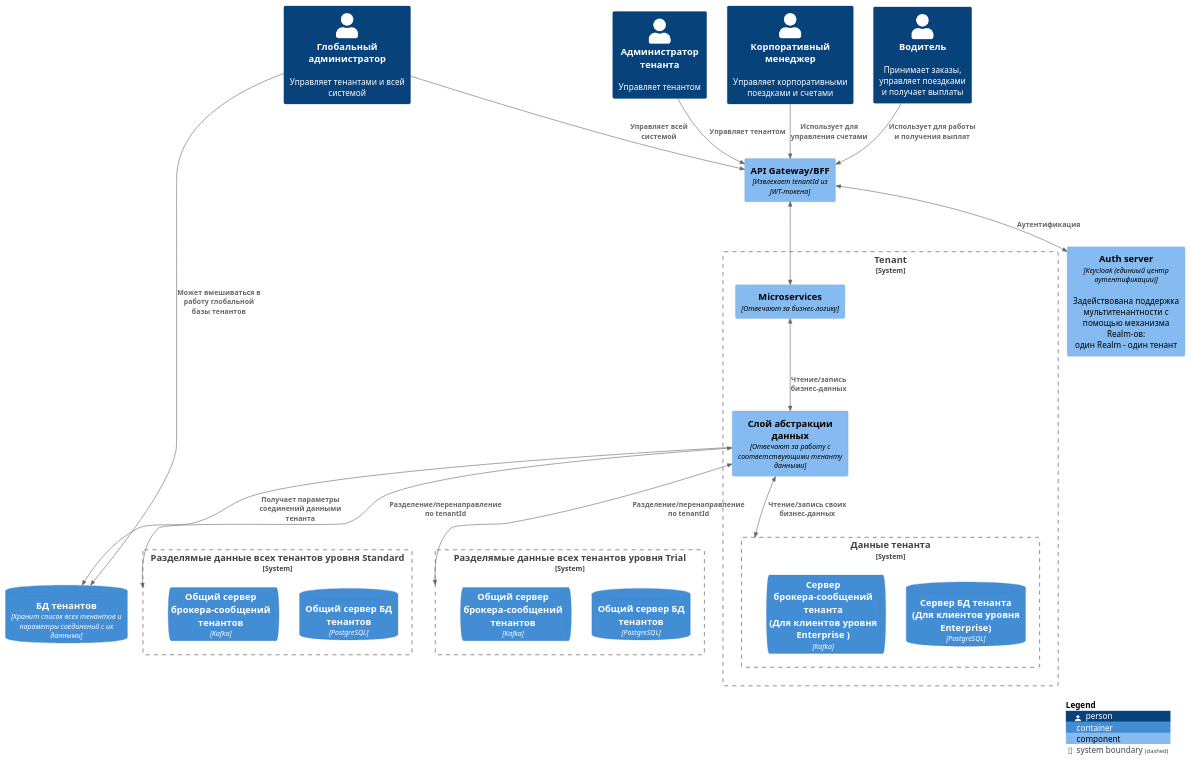
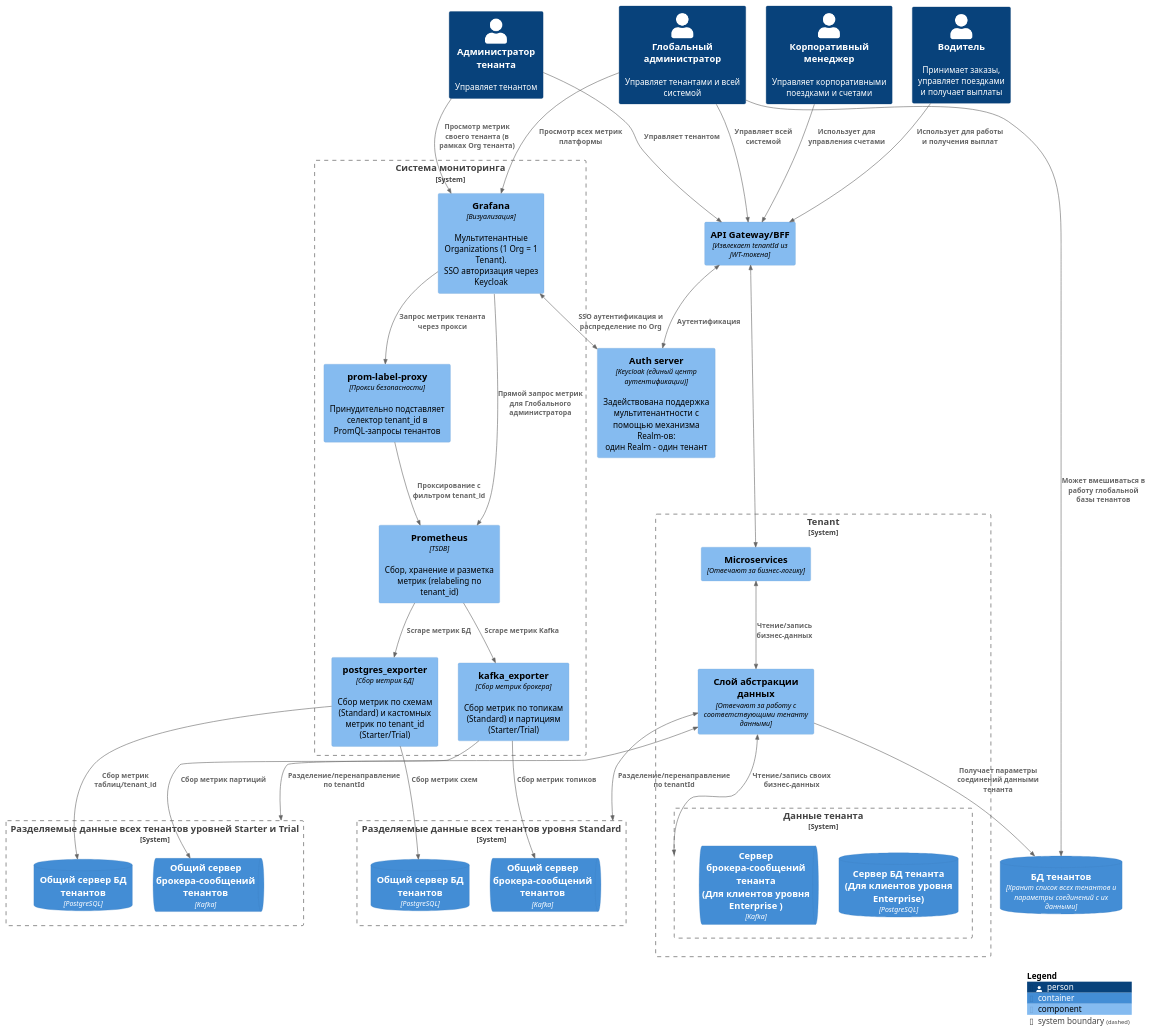
Before and after one commit to Babikoff/MSA-GoFuture: the diagram in Task5/diagrams/C3-multitenancy.puml, drawn with PlantUML. The commit also changed 1 other file, not shown here.

Commit message:
Task5: добавлен мониторинг

```diff
--- a/Task5/diagrams/C3-multitenancy.puml
+++ b/Task5/diagrams/C3-multitenancy.puml
@@ -1,56 +1,78 @@
 @startuml Multitenancy
 !include https://raw.githubusercontent.com/plantuml-stdlib/C4-PlantUML/master/C4_Component.puml
 
 AddRelTag("new", $lineColor="green",$textColor="green", $lineStyle=SolidLine())
 AddSystemTag("new", $bgColor="green", $fontColor="white", $borderColor="green")
 AddSystemTag("Orchestrator", $bgColor="green", $fontColor="yellow", $borderColor="yellow")
 
 Person(global_admin, "Глобальный администратор", "Управляет тенантами и всей системой")
 Person(local_admin, "Администратор тенанта", "Управляет тенантом")
 Person(manager, "Корпоративный менеджер", "Управляет корпоративными поездками и счетами")
 Person(driver, "Водитель", "Принимает заказы, управляет поездками\nи получает выплаты") 
 
 Component(api_gateway, "API Gateway/BFF", "Извлекает tenantId из JWT-токена")
-Component(auth_server, "Auth server", "Keycloak (единиый центр аутентификации)", "Задействована поддержка мультитенантности с помощью механизма Realm-ов:\nодин Realm - один тенант")
+Component(auth_server, "Auth server", "Keycloak (единый центр аутентификации)", "Задействована поддержка мультитенантности с помощью механизма Realm-ов:\nодин Realm - один тенант")
 ContainerDb(all_tenants_db, "БД тенантов", "Хранит список всех тенантов и параметры соединений с их данными")
 
 System_Boundary(tenant, "Tenant") {
   Component(tenant_microservices, "Microservices", "Отвечают за бизнес-логику")
   Component(data_abstraction_layer, "Слой абстракции данных", "Отвечают за работу с соответствующими тенанту данными")
   System_Boundary(tenant_data, "Данные тенанта") {
     ContainerDb(tenant_db, "Сервер БД тенанта\n(Для клиентов уровня Enterprise)", "PostgreSQL", "")
     ContainerQueue(tenant_queue, "Сервер брокера-сообщений тенанта\n(Для клиентов уровня Enterprise )", "Kafka", "")
   }
 }
 
-System_Boundary(shared_tenants_data_standard, "Разделямые данные всех тенантов уровня Standard") {
+System_Boundary(shared_tenants_data_standard, "Разделяемые данные всех тенантов уровня Standard") {
   ContainerDb(shared_db_standard, "Общий сервер БД тенантов", "PostgreSQL", "")
   ContainerQueue(shared_queue_standard, "Общий сервер брокера-сообщений тенантов", "Kafka", "")
 }
 
-System_Boundary(shared_tenants_data_starter, "Разделямые данные всех тенантов уровня Trial") {
+System_Boundary(shared_tenants_data_starter, "Разделяемые данные всех тенантов уровней Starter и Trial") {
   ContainerDb(shared_db_starter, "Общий сервер БД тенантов", "PostgreSQL", "")
   ContainerQueue(shared_queue_starter, "Общий сервер брокера-сообщений тенантов", "Kafka", "")
+}
+
+System_Boundary(monitoring_system, "Система мониторинга") {
+  Component(grafana, "Grafana", "Визуализация", "Мультитенантные Organizations (1 Org = 1 Tenant).\nSSO авторизация через Keycloak")
+  Component(prom_label_proxy, "prom-label-proxy", "Прокси безопасности", "Принудительно подставляет селектор tenant_id в PromQL-запросы тенантов")
+  Component(prometheus, "Prometheus", "TSDB", "Сбор, хранение и разметка метрик (relabeling по tenant_id)")
+  Component(pg_exporter, "postgres_exporter", "Сбор метрик БД", "Сбор метрик по схемам (Standard) и кастомных метрик по tenant_id (Starter/Trial)")
+  Component(kfk_exporter, "kafka_exporter", "Сбор метрик брокера", "Сбор метрик по топикам (Standard) и партициям (Starter/Trial)")
 }
 
 ' СВЯЗИ
 BiRel(api_gateway, tenant_microservices, "")
 Rel(data_abstraction_layer, all_tenants_db, "Получает параметры соединений данными тенанта")
 
 ' Связи тенантов с их данными
 BiRel(tenant_microservices, data_abstraction_layer, "Чтение/запись бизнес-данных")
 BiRel(data_abstraction_layer, tenant_data, "Чтение/запись своих бизнес-данных")
 BiRel(data_abstraction_layer, shared_tenants_data_standard, "Разделение/перенаправление по tenantId")
 BiRel(data_abstraction_layer, shared_tenants_data_starter, "Разделение/перенаправление по tenantId")
 
 Rel(driver, api_gateway, "Использует для работы и получения выплат")
 Rel(manager, api_gateway, "Использует для управления счетами")
 Rel(global_admin, api_gateway, "Управляет всей системой")
 Rel(global_admin, all_tenants_db, "Может вмешиваться в работу глобальной базы тенантов")
 Rel(local_admin, api_gateway, "Управляет тенантом")
 
 BiRel(api_gateway, auth_server, "Аутентификация")
 
+' Мониторинг связи
+Rel(pg_exporter, shared_db_standard, "Сбор метрик схем")
+Rel(pg_exporter, shared_db_starter, "Сбор метрик таблиц/tenant_id")
+Rel(kfk_exporter, shared_queue_standard, "Сбор метрик топиков")
+Rel(kfk_exporter, shared_queue_starter, "Сбор метрик партиций")
+Rel(prometheus, pg_exporter, "Scrape метрик БД")
+Rel(prometheus, kfk_exporter, "Scrape метрик Kafka")
+Rel(prom_label_proxy, prometheus, "Проксирование с фильтром tenant_id")
+Rel(grafana, prom_label_proxy, "Запрос метрик тенанта через прокси")
+Rel(grafana, prometheus, "Прямой запрос метрик для Глобального администратора")
+Rel(local_admin, grafana, "Просмотр метрик своего тенанта (в рамках Org тенанта)")
+Rel(global_admin, grafana, "Просмотр всех метрик платформы")
+BiRel(grafana, auth_server, "SSO аутентификация и распределение по Org")
+
 SHOW_LEGEND()
 
 @enduml
```
